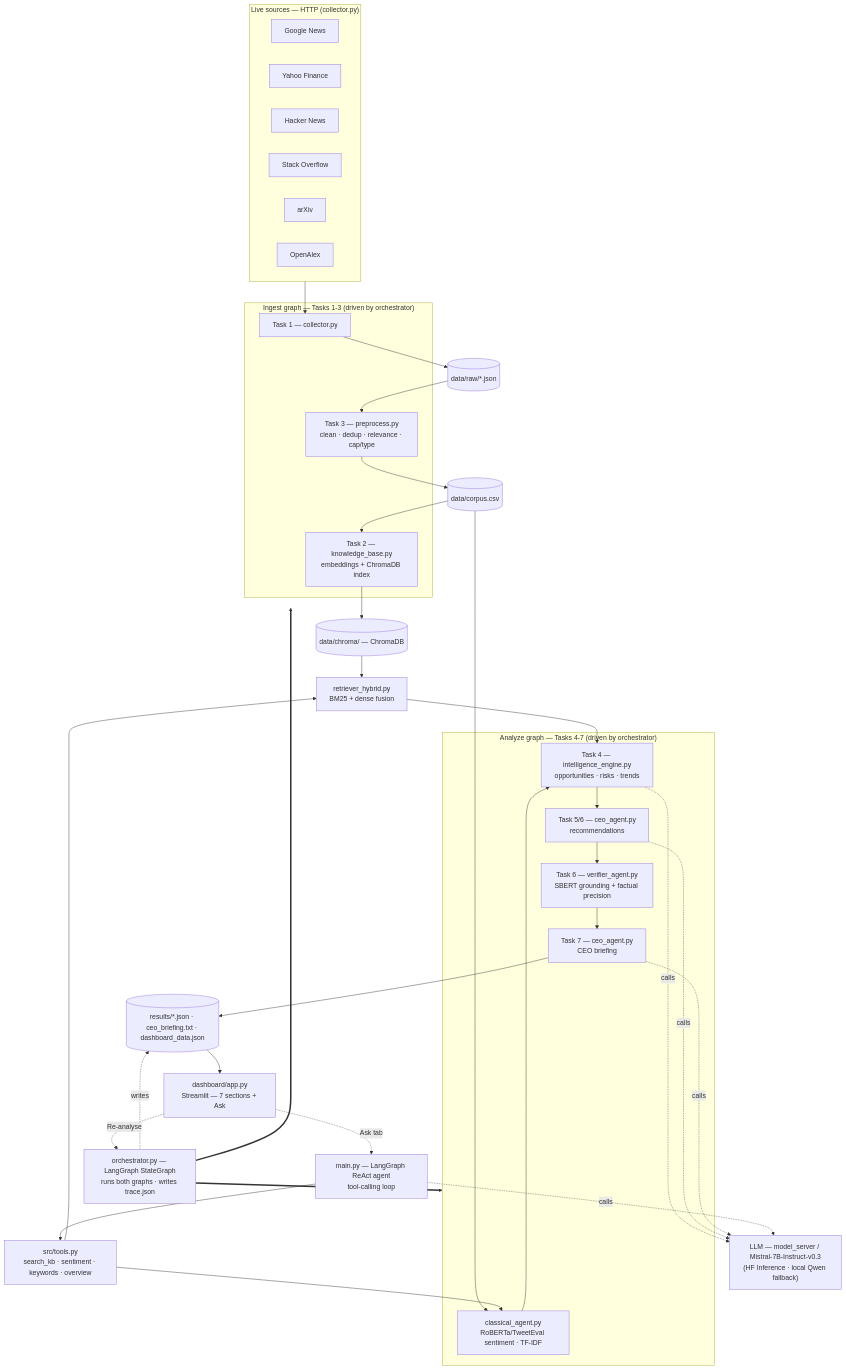
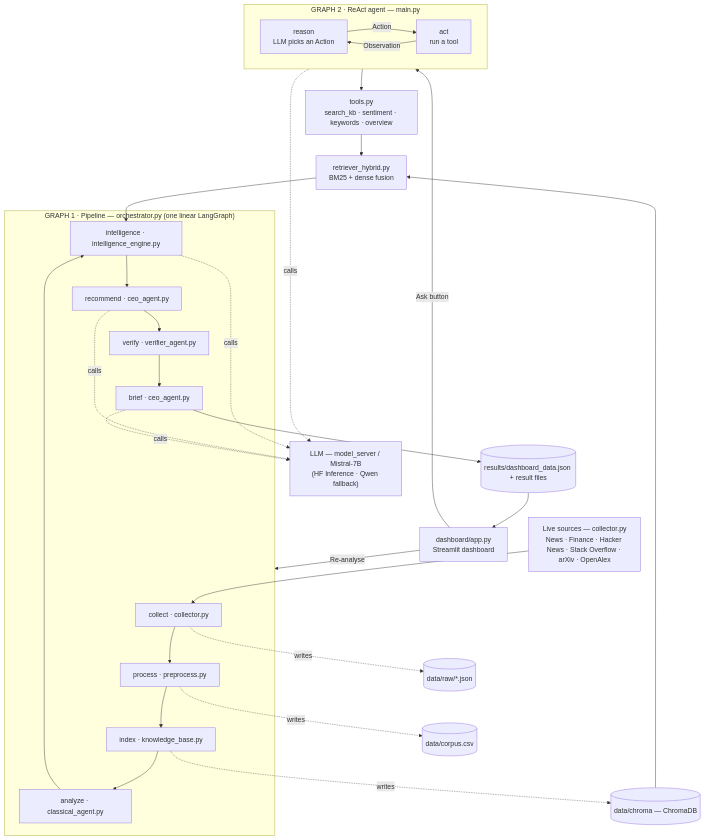
One commit to mirb-404/NLP_Final_Exam changed the diagram in README.md. Above: the diagram before and after it, drawn with Mermaid. The commit also changed other lines of this file and 2 other files, not shown here.

Commit message:
- updated graphs

````diff
--- a/README.md
+++ b/README.md
@@ -22,67 +26,49 @@
 ```mermaid
 flowchart TD
-    %% ---------------- live sources ----------------
-    subgraph SRC["Live sources — HTTP (collector.py)"]
-        direction LR
-        N[Google News]
-        F[Yahoo Finance]
-        H[Hacker News]
-        S[Stack Overflow]
-        A[arXiv]
-        O[OpenAlex]
+    SRC["Live sources — collector.py<br/>News · Finance · Hacker News · Stack Overflow · arXiv · OpenAlex"]
+
+    %% ===== GRAPH 1 — the pipeline (one linear LangGraph in orchestrator.py) =====
+    subgraph PIPE["GRAPH 1 · Pipeline — orchestrator.py (one linear LangGraph)"]
+        C["collect · collector.py"]
+        P["process · preprocess.py"]
+        IX["index · knowledge_base.py"]
+        AZ["analyze · classical_agent.py"]
+        IE["intelligence · intelligence_engine.py"]
+        RC["recommend · ceo_agent.py"]
+        VF["verify · verifier_agent.py"]
+        BR["brief · ceo_agent.py"]
+        C --> P --> IX --> AZ --> IE --> RC --> VF --> BR
     end
 
-    %% ---------------- ingest graph: Tasks 1-3 ----------------
-    subgraph INGEST["Ingest graph — Tasks 1-3 (driven by orchestrator)"]
-        COL["Task 1 — collector.py"]
-        PRE["Task 3 — preprocess.py<br/>clean · dedup · relevance · cap/type"]
-        IDX["Task 2 — knowledge_base.py<br/>embeddings + ChromaDB index"]
+    %% ===== GRAPH 2 — the ReAct agent loop (main.py) =====
+    subgraph AGENT["GRAPH 2 · ReAct agent — main.py"]
+        direction LR
+        RE["reason<br/>LLM picks an Action"] -->|Action| AC["act<br/>run a tool"]
+        AC -->|Observation| RE
     end
 
-    %% ---------------- analyze graph: Tasks 4-7 ----------------
-    subgraph ANALYZE["Analyze graph — Tasks 4-7 (driven by orchestrator)"]
-        CL["classical_agent.py<br/>RoBERTa/TweetEval sentiment · TF-IDF"]
-        IE["Task 4 — intelligence_engine.py<br/>opportunities · risks · trends"]
-        REC["Task 5/6 — ceo_agent.py<br/>recommendations"]
-        VER["Task 6 — verifier_agent.py<br/>SBERT grounding + factual precision"]
-        BRIEF["Task 7 — ceo_agent.py<br/>CEO briefing"]
-    end
-
-    %% ---------------- artifacts + the rest ----------------
     RAW[("data/raw/*.json")]
     CORP[("data/corpus.csv")]
-    CHROMA[("data/chroma/ — ChromaDB")]
-    R["retriever_hybrid.py<br/>BM25 + dense fusion"]
-    OUT[("results/*.json · ceo_briefing.txt · dashboard_data.json")]
-    DASH["dashboard/app.py<br/>Streamlit — 7 sections + Ask"]
-    ORCH["orchestrator.py — LangGraph StateGraph<br/>runs both graphs · writes trace.json"]
-    AGENT["main.py — LangGraph ReAct agent<br/>tool-calling loop"]
-    TOOLS["src/tools.py<br/>search_kb · sentiment · keywords · overview"]
-    LLM["LLM — model_server / Mistral-7B-Instruct-v0.3<br/>(HF Inference · local Qwen fallback)"]
+    CHROMA[("data/chroma — ChromaDB")]
+    OUT[("results/dashboard_data.json + result files")]
+    RET["retriever_hybrid.py<br/>BM25 + dense fusion"]
+    TOOLS["tools.py<br/>search_kb · sentiment · keywords · overview"]
+    DASH["dashboard/app.py<br/>Streamlit dashboard"]
+    LLM["LLM — model_server / Mistral-7B<br/>(HF Inference · Qwen fallback)"]
 
-    %% ---------------- data spine ----------------
-    SRC --> COL
-    COL --> RAW --> PRE --> CORP
-    CORP --> IDX --> CHROMA --> R
-    CORP --> CL
-    R --> IE
-    CL --> IE --> REC --> VER --> BRIEF --> OUT --> DASH
+    SRC --> C
+    C -. writes .-> RAW
+    P -. writes .-> CORP
+    IX -. writes .-> CHROMA
+    CHROMA --> RET --> IE
+    BR --> OUT --> DASH
 
-    %% ---------------- orchestrator drives both graphs ----------------
-    ORCH ==> INGEST
-    ORCH ==> ANALYZE
-    ORCH -. writes .-> OUT
+    AC --> TOOLS --> RET
+    DASH -->|Ask button| AGENT
+    DASH -->|Re-analyse| PIPE
 
-    %% ---------------- interactive ReAct agent ----------------
-    DASH -. Ask tab .-> AGENT
-    DASH -. Re-analyse .-> ORCH
-    AGENT --> TOOLS
-    TOOLS --> R
-    TOOLS --> CL
-
-    %% ---------------- LLM calls ----------------
     IE -. calls .-> LLM
-    REC -. calls .-> LLM
-    BRIEF -. calls .-> LLM
-    AGENT -. calls .-> LLM
+    RC -. calls .-> LLM
+    BR -. calls .-> LLM
+    RE -. calls .-> LLM
 ```
````
